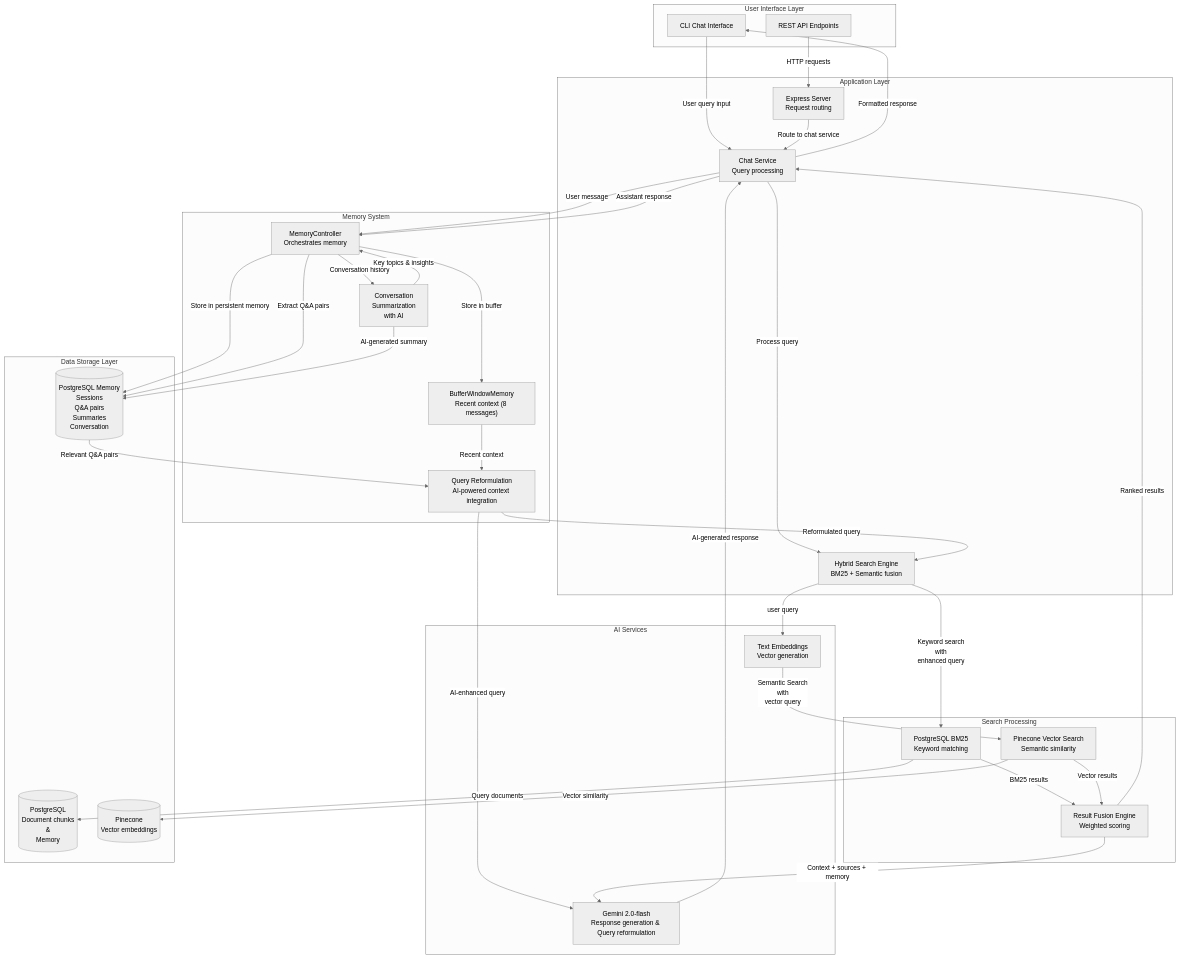
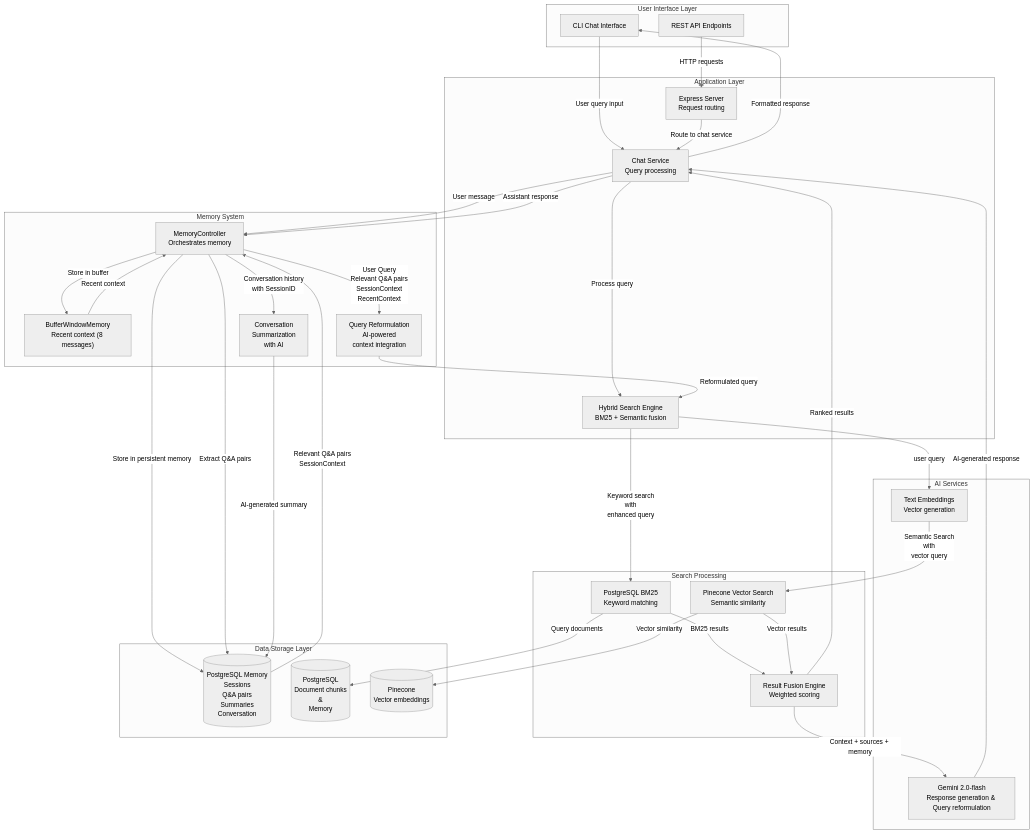
One commit to TEJ-Fellowship/pbl changed the first of 3 diagrams in PBL4/StripeCustomerSupportAgent/Backend/README.md. Above: the diagram before and after it, drawn with Mermaid (neutral theme). The commit also changed 2 other files, not shown here.

Commit message:
chore: linting console and update documentation

````diff
--- a/PBL4/StripeCustomerSupportAgent/Backend/README.md
+++ b/PBL4/StripeCustomerSupportAgent/Backend/README.md
@@ -26,78 +26,79 @@
 ```mermaid
 graph TB
     subgraph "User Interface Layer"
         CLI["CLI Chat Interface"]
         API["REST API Endpoints"]
     end
 
     subgraph "Application Layer"
         CHAT["Chat Service<br/>Query processing"]
         SEARCH["Hybrid Search Engine<br/>BM25 + Semantic fusion"]
         SERVER["Express Server<br/>Request routing"]
     end
 
     subgraph "Memory System"
         BUFFER["BufferWindowMemory<br/>Recent context (8 messages)"]
         MEMORY_CTRL["MemoryController<br/>Orchestrates memory"]
         AI_SUMMARY["Conversation <br/>Summarization <br/>with AI"]
-        QUERY_REFORM["Query Reformulation<br/>AI-powered context integration"]
+        QUERY_REFORM["Query Reformulation<br/>AI-powered <br/>context integration"]
     end
 
     subgraph "Search Processing"
         BM25["PostgreSQL BM25<br/>Keyword matching"]
         VECTOR["Pinecone Vector Search<br/>Semantic similarity"]
         FUSION["Result Fusion Engine<br/>Weighted scoring"]
     end
 
     subgraph "AI Services"
         GEMINI["Gemini 2.0-flash<br/>Response generation & Query reformulation"]
         EMBEDDINGS["Text Embeddings<br/>Vector generation"]
     end
 
     subgraph "Data Storage Layer"
+        MEMORY_DB[("PostgreSQL Memory<br/>Sessions <br/>Q&A pairs <br/>Summaries <br/>Conversation")]
         POSTGRES[("PostgreSQL<br/>Document chunks<br/> & <br/>Memory")]
         PINECONE[("Pinecone<br/>Vector embeddings")]
-        MEMORY_DB[("PostgreSQL Memory<br/>Sessions <br/>Q&A pairs <br/>Summaries <br/>Conversation")]
     end
 
     %% User interaction flow
     CLI -->|"User query input"| CHAT
     API -->|"HTTP requests"| SERVER
     SERVER -->|"Route to chat service"| CHAT
     CHAT -->|"Formatted response"| CLI
 
     %% Memory processing flow
     CHAT -->|"User message"| MEMORY_CTRL
     MEMORY_CTRL -->|"Store in buffer"| BUFFER
     MEMORY_CTRL -->|"Store in persistent memory"| MEMORY_DB
-    BUFFER -->|"Recent context"| QUERY_REFORM
-    MEMORY_DB -->|"Relevant Q&A pairs"| QUERY_REFORM
-    QUERY_REFORM -->|"AI-enhanced query"| GEMINI
+    BUFFER -->|"Recent context"| MEMORY_CTRL
+    MEMORY_DB -->|"Relevant Q&A pairs<br/>SessionContext"| MEMORY_CTRL
+    MEMORY_CTRL -->|"User Query<br/>Relevant Q&A pairs<br/>SessionContext<br/>RecentContext"| QUERY_REFORM
+
 
     %% Search orchestration with memory
     CHAT -->|"Process query"| SEARCH
     QUERY_REFORM -->|"Reformulated query"| SEARCH
     SEARCH -->|"Keyword search</br>with</br>enhanced query"| BM25
     BM25 -->|"Query documents"| POSTGRES
     VECTOR -->|"Vector similarity"| PINECONE
 
     %% Result processing
     BM25 -->|"BM25 results"| FUSION
     VECTOR -->|"Vector results"| FUSION
     FUSION -->|"Ranked results"| CHAT
     FUSION -->|"Context + sources + memory"| GEMINI
 
     %% AI response generation with memory
     GEMINI -->|"AI-generated response"| CHAT
     CHAT -->|"Assistant response"| MEMORY_CTRL
     MEMORY_CTRL -->|"Extract Q&A pairs"| MEMORY_DB
 
     %% Conversation Summarization with AI
-    MEMORY_CTRL -->|"Conversation history"| AI_SUMMARY
+    MEMORY_CTRL -->|"Conversation history<br/>with SessionID"| AI_SUMMARY
     AI_SUMMARY -->|"AI-generated summary"| MEMORY_DB
-    AI_SUMMARY -->|"Key topics & insights"| MEMORY_CTRL
+
 
     %% Search and embeddings flow
     SEARCH -->|"user query"| EMBEDDINGS
     EMBEDDINGS -->|"Semantic Search</br>with</br>vector query"| VECTOR
 ```
````
